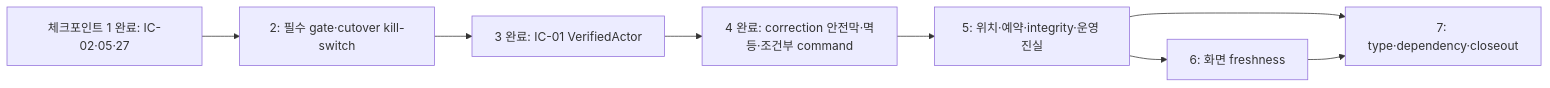
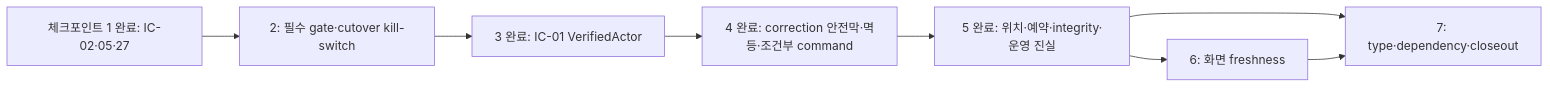
One commit to Hw-03/ERP changed the third of 3 diagrams in _attic/docs/research/2026-08-13-full-code-quality-audit-and-improvement-plan.md. Above: the diagram before and after it, drawn with Mermaid. The commit also changed other lines of this file and 2 other files, not shown here.

````diff
--- a/_attic/docs/research/2026-08-13-full-code-quality-audit-and-improvement-plan.md
+++ b/_attic/docs/research/2026-08-13-full-code-quality-audit-and-improvement-plan.md
@@ -1261,10 +1263,10 @@
 ```mermaid
 flowchart LR
   C1["체크포인트 1 완료: IC-02·05·27"] --> C2["2: 필수 gate·cutover kill-switch"]
   C2 --> C3["3 완료: IC-01 VerifiedActor"]
   C3 --> C4["4 완료: correction 안전막·멱등·조건부 command"]
-  C4 --> C5["5: 위치·예약·integrity·운영 진실"]
+  C4 --> C5["5 완료: 위치·예약·integrity·운영 진실"]
   C5 --> C6["6: 화면 freshness"]
   C5 --> C7["7: type·dependency·closeout"]
   C6 --> C7
 ```
````
